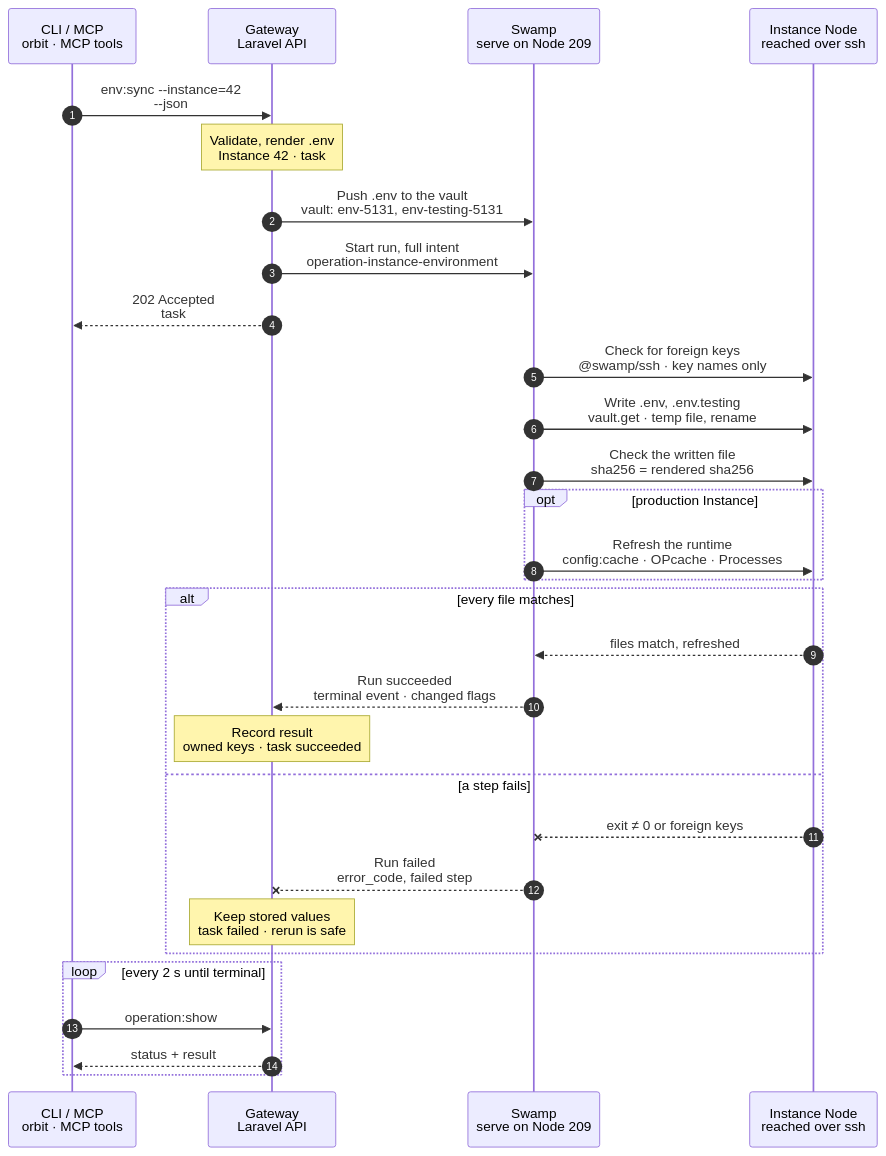
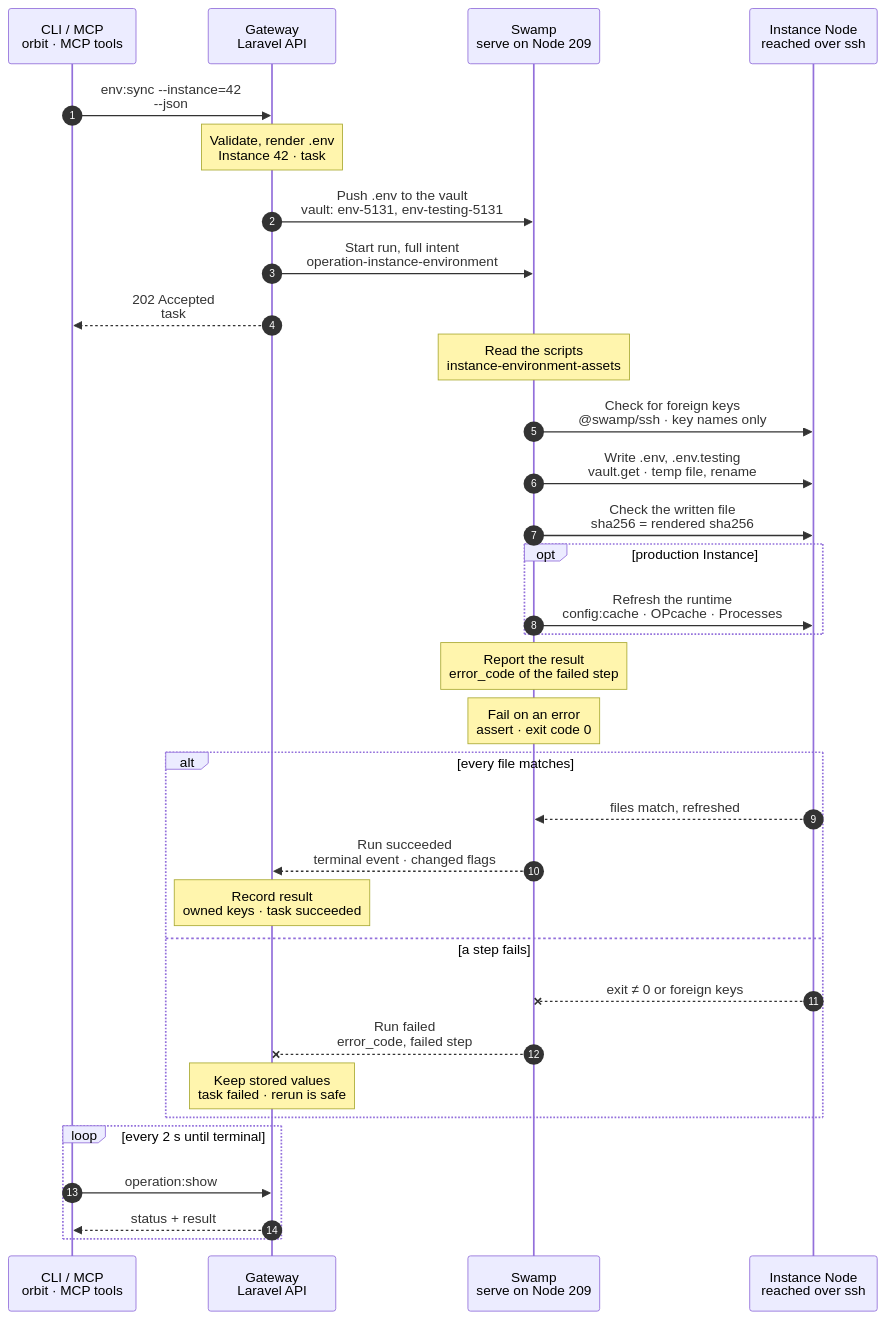
Before and after one commit to hardimpactdev/orbit: the diagram in docs/flows/instance.sync_environment.mmd, drawn with Mermaid. The commit also changed 45 other files, not shown here.

```diff
--- a/docs/flows/instance.sync_environment.mmd
+++ b/docs/flows/instance.sync_environment.mmd
@@ -1,132 +1,141 @@
 sequenceDiagram
   %% Target design: ADR 0244 task, R1-R4, decision swamp-vault-secrets (vault.get), orbit-gateway-renders-create-env (Gateway owns .env, no read-back), DECISIONS instance.sync_environment (vault after commit, @swamp/ssh from 209, no private-material fetch, no per-Node worker). docs/reference/environment-variables.md.
   %% status: draft
   %% command: env:sync
   autonumber
   %% lane CLI icon=terminal pill=caller tone=gray
   %% lane GW icon=gateway pill=intent tone=blue
   %% lane SW icon=workflow pill=executes tone=green
   %% lane N icon=server pill=target tone=amber
   participant CLI as CLI / MCP<br/>orbit · MCP tools
   participant GW as Gateway<br/>Laravel API
   participant SW as Swamp<br/>serve on Node 209
   participant N as Instance Node<br/>reached over ssh
   CLI->>GW: env:sync --instance=42<br/>--json
   %%> Command:
   %%> - `orbit env:sync --instance=42`
   %%> - syntax: `env:sync --instance=SELECTOR [--json]`
   %%> Input:
   %%> - the Instance: a numeric Instance ID or the exact domain of its Route
   %%> Who can call it:
   %%> - the `orbit` CLI and the MCP tool send the same request
   Note over GW: Validate, render .env<br/>Instance 42 · task #5131
   %%> Requirements:
   %%> - your Node has an access grant to Node 12, the Node of Instance 42
   %%> - Instance 42 is active, on a Node with exactly one active `app-dev` or `app-prod` role
   %%> - Instance 42 has stored configuration (`env.configuration_missing` otherwise)
   %%> - a stored `{{instance.domain}}` needs a settled Route (`env.reference_unavailable` otherwise)
   %%> - no other task holds Instance 42; the Gateway holds one lock per Instance and waits briefly for a busy one
   %%> Renders .env:
   %%> - every stored key in sorted order, as a quoted value
   %%> - `{{instance.domain}}` from the Route, `{{instance.environment}}` from the Node role
   %%> - `.env.testing` too, when Instance 42 owns its `DB` database
   %%> Result:
   %%> - task #5131 recorded with the full intent and the sha256 of each rendered file
   %%> - nothing has happened on the Node yet
   GW->>SW: Push .env to the vault<br/>vault: env-5131, env-testing-5131
   %%> Why:
   %%> - `.env` holds secrets, which travel only through the vault (R3)
   %%> What it does:
   %%> - after the task commits, pushes the rendered files into Swamp's vault on Node 209
   %%> Result:
   %%> - the run reads them with `vault.get`; no step calls the Gateway back
   GW->>SW: Start run, full intent<br/>operation-instance-environment
   %%> What it does:
   %%> - starts one Swamp run on serve (Node 209)
   %%> Inputs:
   %%> - Node 12's address and SSH host keys; the SSH identity comes from the `swamp` role
   %%> - the account, the application directory, the file paths and the expected sha256 of each file
   %%> - the key names Orbit wrote last time, which it may remove
   %%> - production only: the release path and the Processes with `restart_on_deploy`
   %%> - secrets only as vault key names
   GW-->>CLI: 202 Accepted<br/>task #5131
   %%> What you get:
   %%> - the task number, at once
   %%> Next:
   %%> - the CLI follows the task with `operation:show`
+  Note over SW: Read the scripts<br/>instance-environment-assets
+  %%> What it does:
+  %%> - reads the shipped environment and runtime scripts on 209, to send them over SSH in argv
   SW->>N: Check for foreign keys<br/>@swamp/ssh · key names only
   %%> How:
   %%> - Swamp reaches Node 12 over SSH from 209 with the official `@swamp/ssh` behavior
   %%> What it does:
   %%> - checks the account, the path, the file type and owner, without following a link
   %%> - compares the key names of the current `.env` with the stored keys and the keys Orbit wrote last time
   %%> - a missing file is fine
   %%> Why:
   %%> - a key that only the file holds would be lost; the step refuses instead (`env.sync_would_drop_keys`)
   %%> Not returned:
   %%> - no value leaves the Node; only the names of foreign keys, on failure
   SW->>N: Write .env, .env.testing<br/>vault.get · temp file, rename
   %%> What it does:
   %%> - writes the rendered `.env` from the vault to a temporary file with mode `0600`, owned by the Instance account, then renames it over `.env`
   %%> - writes `.env.testing` the same way, unless Git tracks it in the checkout
   %%> - leaves a file that already matches in place
   %%> Runs as:
   %%> - the Instance account named in the intent, not root
   %%> Not included:
   %%> - renders nothing; the Gateway already rendered the files
   SW->>N: Check the written file<br/>sha256 = rendered sha256
   %%> What it does:
   %%> - compares the sha256 of each file on the Node with the sha256 in the intent
   %%> Why:
   %%> - the sync only counts when the Node holds exactly what the Gateway rendered
   %%> - this replaces `env.sync_unconfirmed`: a rerun checks and writes again
   opt production Instance
     SW->>N: Refresh the runtime<br/>config:cache · OPcache · Processes
     %%> When:
     %%> - on every production sync, also when `.env` did not change
     %%> What it does:
     %%> - rebuilds an existing config cache in a temporary path, checks it, then replaces the old one; an uncached release stays uncached
     %%> - reloads the PHP-FPM pool to reset OPcache
     %%> - restarts the running Processes that have `restart_on_deploy`
     %%> Not included:
     %%> - development Instances: they only get the file
   end
+  Note over SW: Report the result<br/>error_code of the failed step
+  %%> What it does:
+  %%> - prints the public result on 209: whether each file changed and the refresh status, or the first step's `error_code`
+  Note over SW: Fail on an error<br/>assert · exit code 0
+  %%> What it does:
+  %%> - fails the run when the report holds an `error_code`, so the task fails with that code
   alt every file matches
     N-->>SW: files match, refreshed
     %%> Returns:
     %%> - whether each file changed, and the runtime refresh status
     %%> Not returned:
     %%> - no values and no file content
     SW-->>GW: Run succeeded<br/>terminal event · changed flags
     %%> How the Gateway learns it:
     %%> - its shared run reader sees the terminal event and reads the run's outputs; Swamp never calls the Gateway
     Note over GW: Record result<br/>owned keys · task succeeded
     %%> Result:
     %%> - the synced key names become the keys Orbit owns on Instance 42
     %%> - task #5131 succeeds with `changed`, the testing status and the refresh status
   else a step fails
     N--xSW: exit ≠ 0 or foreign keys
     %%> When:
     %%> - SSH fails, the file is unsafe, a foreign key would drop, or a hash does not match
     %%> - production: the config cache or the Process restart fails
     SW--xGW: Run failed<br/>error_code, failed step
     %%> The Gateway reads:
     %%> - which step failed and its error code, for example `env.sync_would_drop_keys` with the key names
     Note over GW: Keep stored values<br/>task failed · rerun is safe
     %%> Result:
     %%> - stored values and the owned-key list stay as they were
     %%> - task #5131 fails
     %%> On the Node:
     %%> - a refused file stays unchanged; a failed cache build keeps the old cache
     %%> - a file already written stays; there is no rollback
     %%> Retry:
     %%> - fix the cause, for example store or remove the foreign keys, then run `env:sync` again; it is a new task
   end
   loop every 2 s until terminal
     CLI->>GW: operation:show #5131
     %%> What it does:
     %%> - asks for the task's status every 2 seconds until it has ended
     GW-->>CLI: status + result
     %%> Returns:
     %%> - the current status, and the result once the task has ended
   end
```
